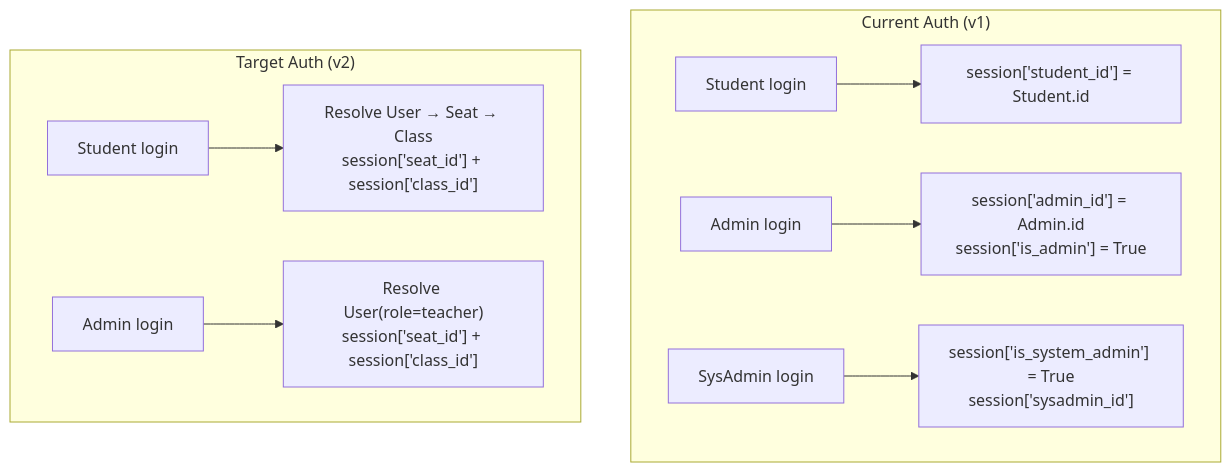
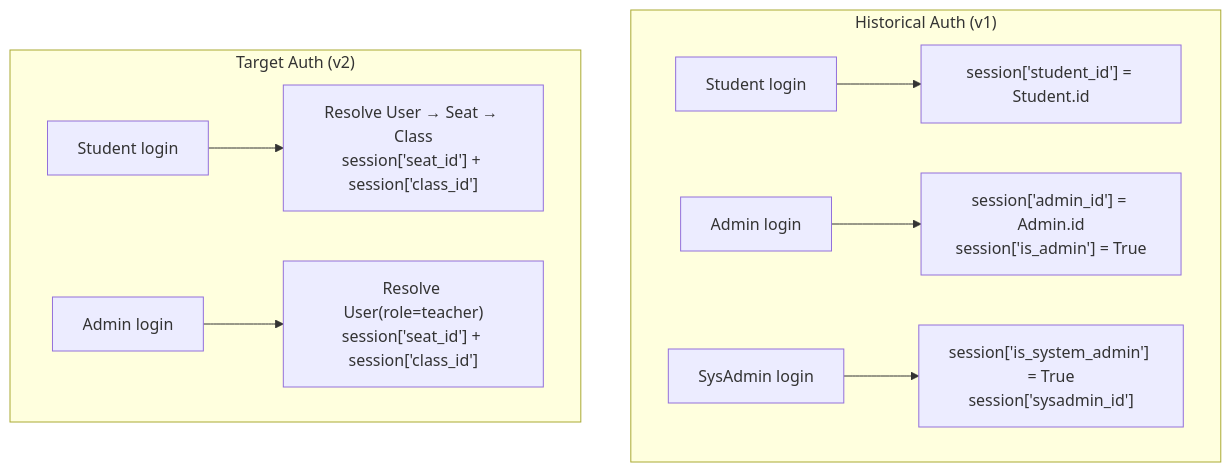
The first of 2 diagrams in docs/development/specs/V2_WAVE_3_IDENTITY_DOMAIN_RISK_AND_DEPENDENCY.md (timwonderer/classroom-token-hub), drawn with Mermaid before and after one commit. The commit also changed other lines of this file and 30 other files, not shown here.

````diff
--- a/docs/development/specs/V2_WAVE_3_IDENTITY_DOMAIN_RISK_AND_DEPENDENCY.md
+++ b/docs/development/specs/V2_WAVE_3_IDENTITY_DOMAIN_RISK_AND_DEPENDENCY.md
@@ -100,13 +110,13 @@
 ```mermaid
 flowchart TD
-    subgraph "Current Auth (v1)"
+    subgraph "Historical Auth (v1)"
         A["Student login"] --> B["session['student_id'] = Student.id"]
         C["Admin login"] --> D["session['admin_id'] = Admin.id<br>session['is_admin'] = True"]
         E["SysAdmin login"] --> F["session['is_system_admin'] = True<br>session['sysadmin_id']"]
     end
 
     subgraph "Target Auth (v2)"
         G["Student login"] --> H["Resolve User → Seat → Class<br>session['seat_id'] + session['class_id']"]
         I["Admin login"] --> J["Resolve User(role=teacher)<br>session['seat_id'] + session['class_id']"]
     end
 ```
````
